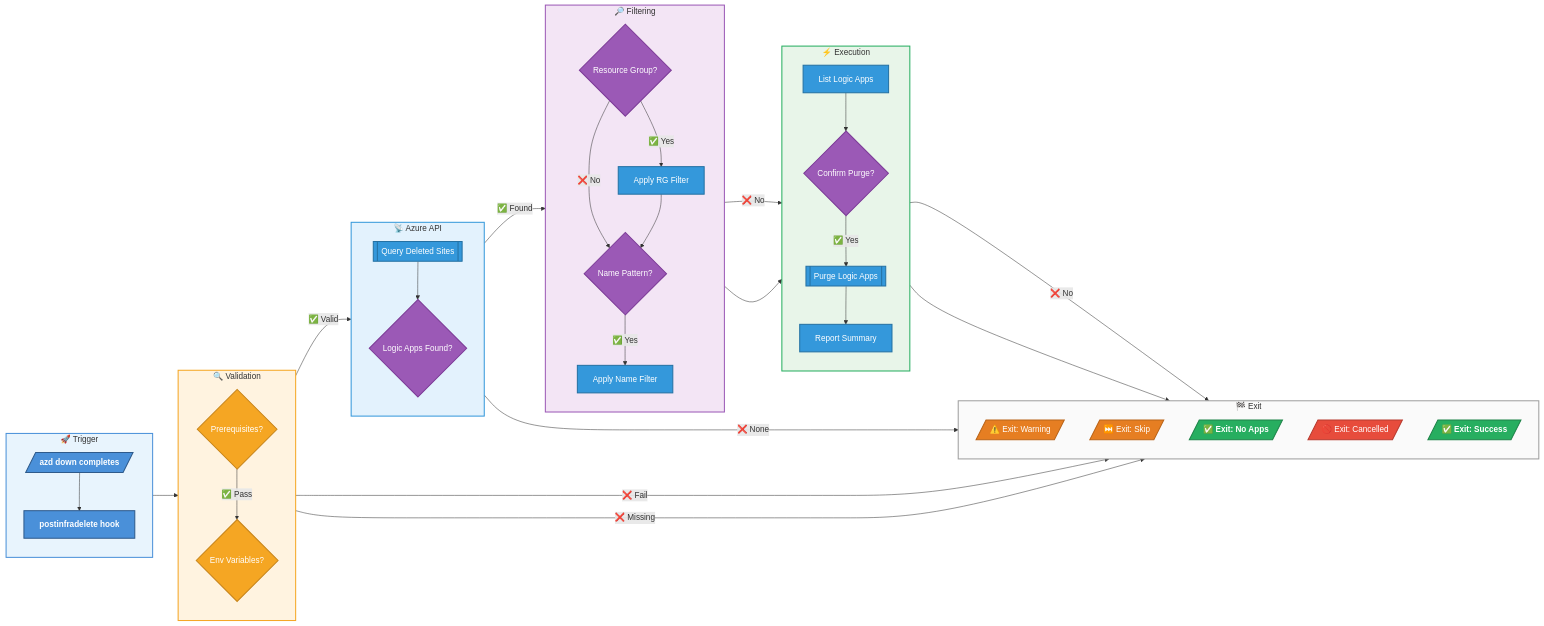
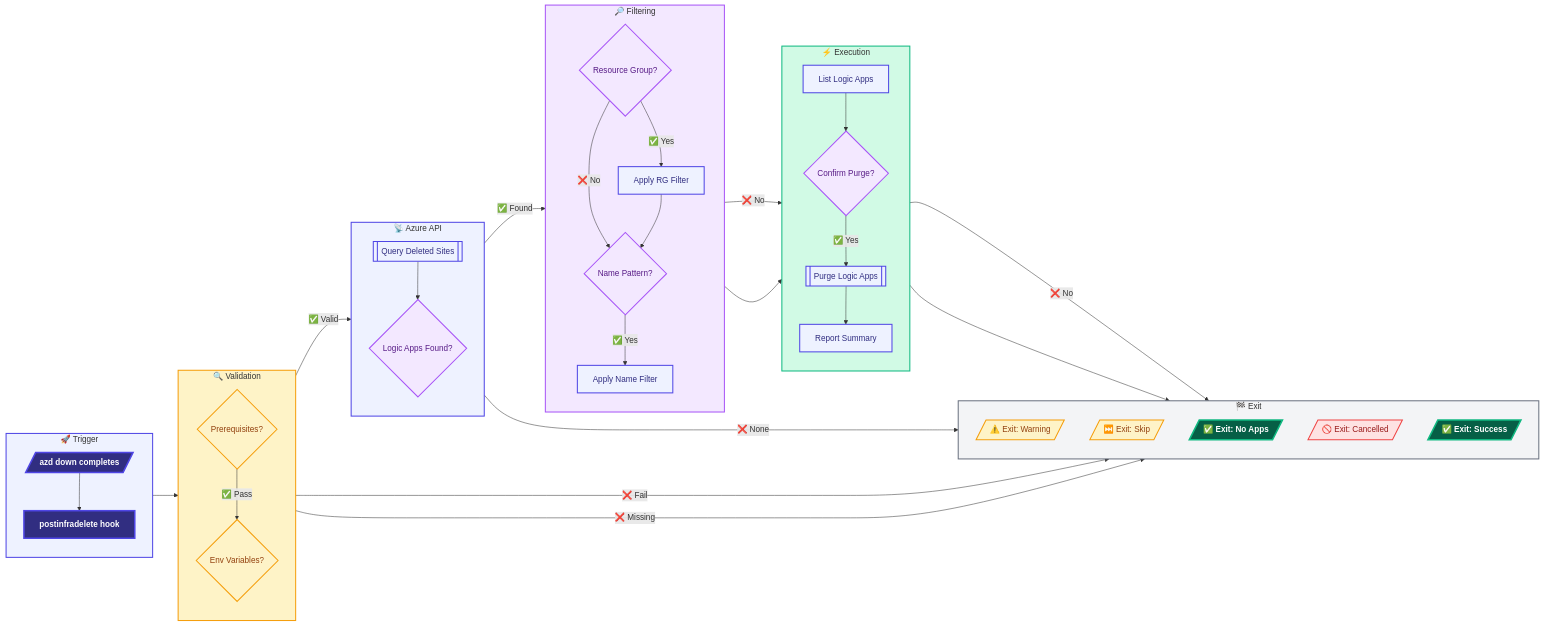
Before and after one commit to Evilazaro/Azure-LogicApps-Monitoring: the diagram in docs/hooks/postinfradelete.md, drawn with Mermaid. The commit also changed 11 other files, not shown here.

Commit message:
feat(docs): Update diagrams with modern color palette for improved accessibility and clarity

````diff
--- a/docs/hooks/postinfradelete.md
+++ b/docs/hooks/postinfradelete.md
@@ -184,13 +184,13 @@
     %% =====================================================
     %% Style Definitions
     %% =====================================================
-    classDef trigger fill:#4A90D9,stroke:#2E5A8B,color:#FFFFFF,stroke-width:2px,font-weight:bold
-    classDef validation fill:#F5A623,stroke:#C78419,color:#FFFFFF,stroke-width:2px
-    classDef decision fill:#9B59B6,stroke:#7D3C98,color:#FFFFFF,stroke-width:2px
-    classDef process fill:#3498DB,stroke:#2471A3,color:#FFFFFF,stroke-width:2px
-    classDef success fill:#27AE60,stroke:#1E8449,color:#FFFFFF,stroke-width:2px,font-weight:bold
-    classDef warning fill:#E67E22,stroke:#BA6418,color:#FFFFFF,stroke-width:2px
-    classDef error fill:#E74C3C,stroke:#B83A2F,color:#FFFFFF,stroke-width:2px
+    classDef trigger fill:#312E81,stroke:#4F46E5,color:#fff,stroke-width:3px,font-weight:bold
+    classDef validation fill:#FEF3C7,stroke:#F59E0B,color:#92400E,stroke-width:2px
+    classDef decision fill:#F3E8FF,stroke:#A855F7,color:#581C87,stroke-width:2px
+    classDef process fill:#EEF2FF,stroke:#4F46E5,color:#312E81,stroke-width:2px
+    classDef success fill:#065F46,stroke:#10B981,color:#fff,stroke-width:3px,font-weight:bold
+    classDef warning fill:#FEF3C7,stroke:#F59E0B,color:#92400E,stroke-width:2px
+    classDef error fill:#FEE2E2,stroke:#EF4444,color:#991B1B,stroke-width:2px
 
     %% =====================================================
     %% Trigger Phase
@@ -291,10 +291,10 @@
     %% =====================================================
     %% Subgraph Styling
     %% =====================================================
-    style TRIGGER fill:#E8F4FD,stroke:#4A90D9,stroke-width:2px
-    style VALIDATION fill:#FFF3E0,stroke:#F5A623,stroke-width:2px
-    style QUERY fill:#E3F2FD,stroke:#3498DB,stroke-width:2px
-    style FILTER fill:#F3E5F5,stroke:#9B59B6,stroke-width:2px
-    style EXECUTE fill:#E8F5E9,stroke:#27AE60,stroke-width:2px
-    style EXIT fill:#FAFAFA,stroke:#9E9E9E,stroke-width:2px
+    style TRIGGER fill:#EEF2FF,stroke:#4F46E5,stroke-width:2px
+    style VALIDATION fill:#FEF3C7,stroke:#F59E0B,stroke-width:2px
+    style QUERY fill:#EEF2FF,stroke:#4F46E5,stroke-width:2px
+    style FILTER fill:#F3E8FF,stroke:#A855F7,stroke-width:2px
+    style EXECUTE fill:#D1FAE5,stroke:#10B981,stroke-width:2px
+    style EXIT fill:#F3F4F6,stroke:#6B7280,stroke-width:2px
 ```
````
